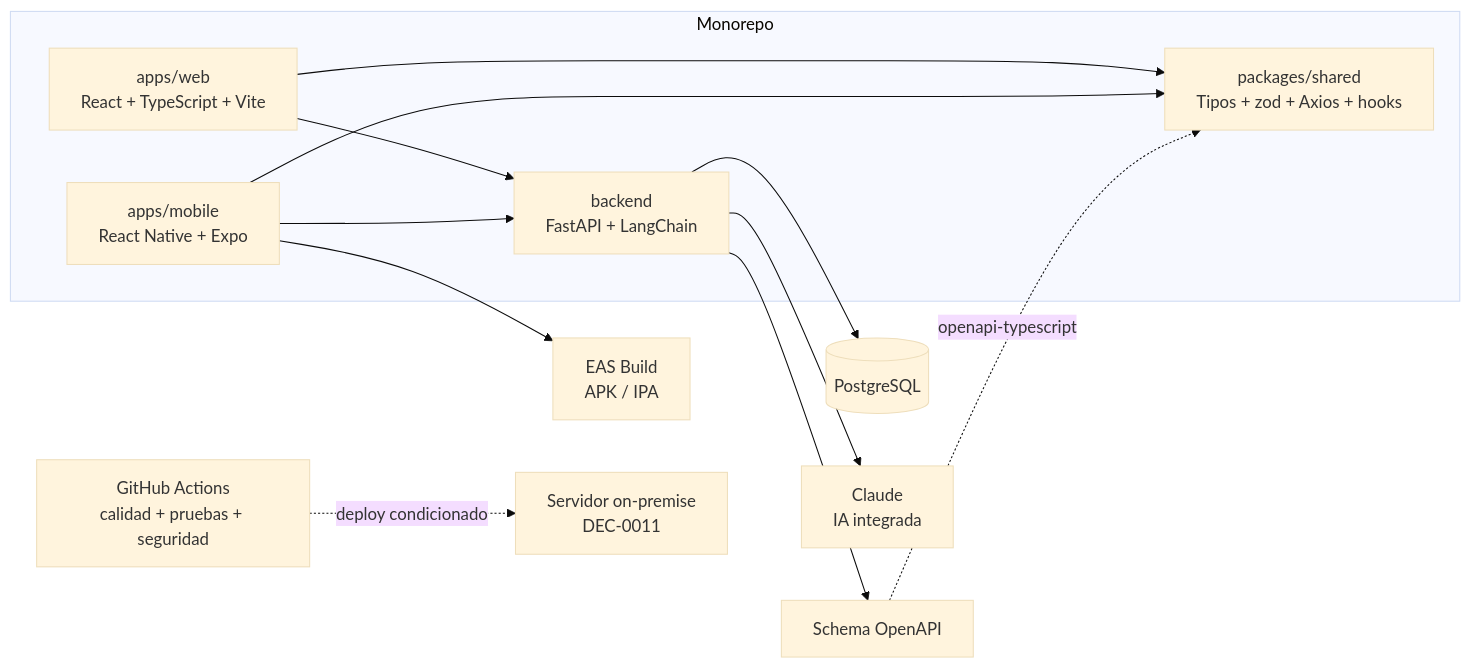
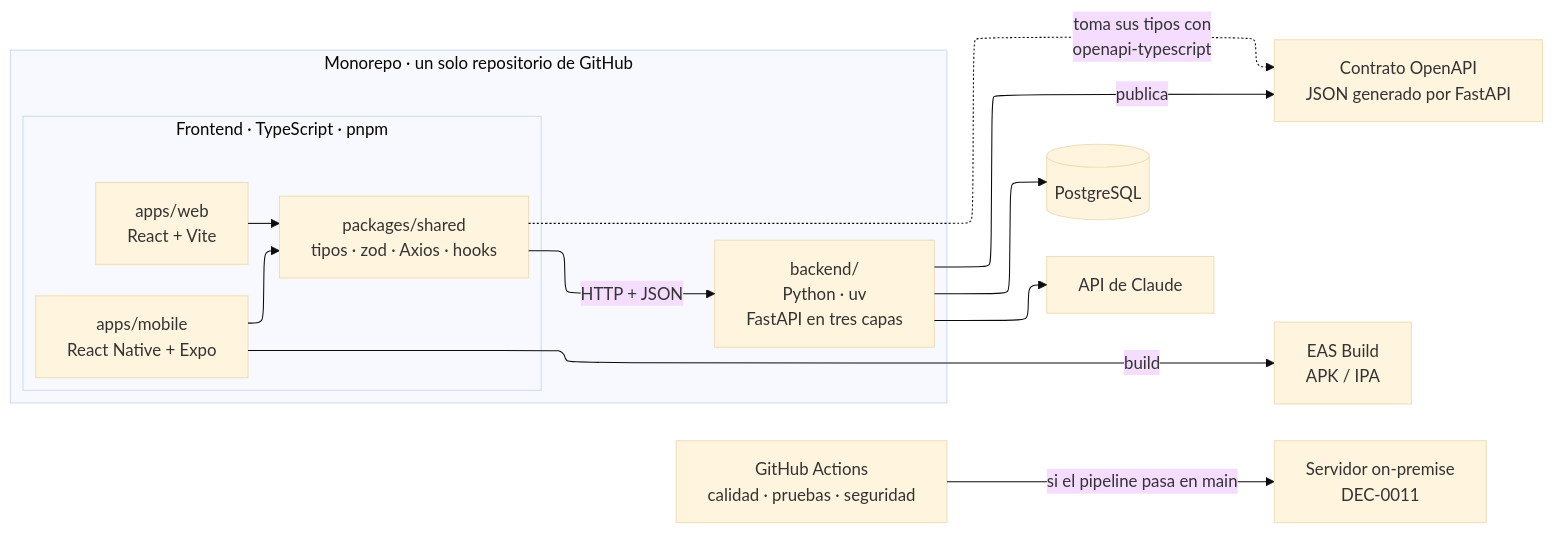
The second of 4 diagrams in 05-Diseño/Arquitectura/ARQ — Vista general.md (FranLuciano04/Vault-Rumbo), drawn with Mermaid (base theme) before and after one commit. The commit also changed other lines of this file and 2 other files, not shown here.

Commit message:
ARQ: resumen general, diagrama del monorepo y pendientes al día

````diff
--- a/05-Diseño/Arquitectura/ARQ — Vista general.md
+++ b/05-Diseño/Arquitectura/ARQ — Vista general.md
@@ -71,26 +88,31 @@
 ```mermaid
+%%{init: {"flowchart": {"defaultRenderer": "elk"}} }%%
 flowchart LR
-    subgraph Monorepo
-      Web["apps/web<br/>React + TypeScript + Vite"]
-      Mobile["apps/mobile<br/>React Native + Expo"]
-      Shared["packages/shared<br/>Tipos + zod + Axios + hooks"]
-      API["backend<br/>FastAPI + LangChain"]
+    subgraph Monorepo["Monorepo · un solo repositorio de GitHub"]
+      direction LR
+      subgraph Front["Frontend · TypeScript · pnpm"]
+        direction TB
+        Web["apps/web<br/>React + Vite"]
+        Mobile["apps/mobile<br/>React Native + Expo"]
+        Shared["packages/shared<br/>tipos · zod · Axios · hooks"]
+      end
+      API["backend/<br/>Python · uv<br/>FastAPI en tres capas"]
     end
+
+    OpenAPI["Contrato OpenAPI<br/>JSON generado por FastAPI"]
     DB[("PostgreSQL")]
-    Claude["Claude<br/>IA integrada"]
-    OpenAPI["Schema OpenAPI"]
+    Claude["API de Claude"]
     EAS["EAS Build<br/>APK / IPA"]
-    CI["GitHub Actions<br/>calidad + pruebas + seguridad"]
+    CI["GitHub Actions<br/>calidad · pruebas · seguridad"]
     Deploy["Servidor on-premise<br/>DEC-0011"]
 
     Web --> Shared
     Mobile --> Shared
-    Web --> API
-    Mobile --> API
+    Shared -->|"HTTP + JSON"| API
+    API -->|"publica"| OpenAPI
+    Shared -. "toma sus tipos con<br/>openapi-typescript" .-> OpenAPI
     API --> DB
     API --> Claude
-    API --> OpenAPI
-    OpenAPI -. openapi-typescript .-> Shared
-    Mobile --> EAS
-    CI -. deploy condicionado .-> Deploy
+    Mobile -->|"build"| EAS
+    CI -->|"si el pipeline pasa en main"| Deploy
 ```
````
